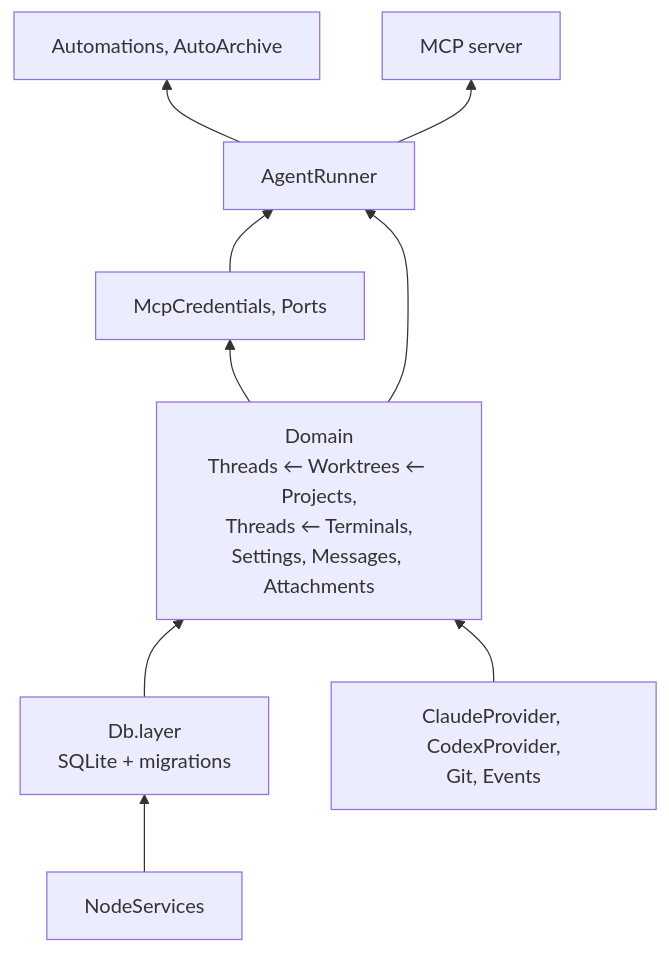
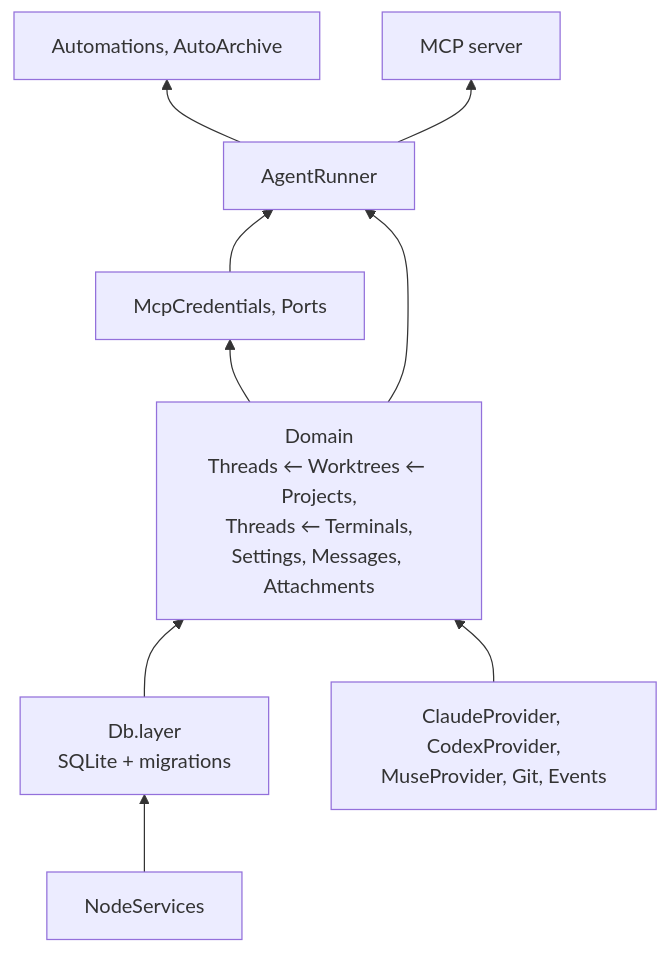
Before and after one commit to hinadev-ai/hinacode: the third of 16 diagrams in docs/arch.md, drawn with Mermaid. The commit also changed other lines of this file and 5 other files, not shown here.

````diff
--- a/docs/arch.md
+++ b/docs/arch.md
@@ -72,18 +73,18 @@
 ```mermaid
 flowchart BT
   node["NodeServices"]
   db["Db.layer<br/>SQLite + migrations"]
-  infra["ClaudeProvider, CodexProvider,<br/>Git, Events"]
+  infra["ClaudeProvider, CodexProvider,<br/>MuseProvider, Git, Events"]
   domain["Domain<br/>Threads ← Worktrees ← Projects,<br/>Threads ← Terminals,<br/>Settings, Messages, Attachments"]
   features["McpCredentials, Ports"]
   runner["AgentRunner"]
   autos["Automations, AutoArchive"]
   mcp["MCP server"]
 
   node --> db --> domain
   infra --> domain
   domain --> features --> runner
   domain --> runner
   runner --> autos
   runner --> mcp
 ```
````
